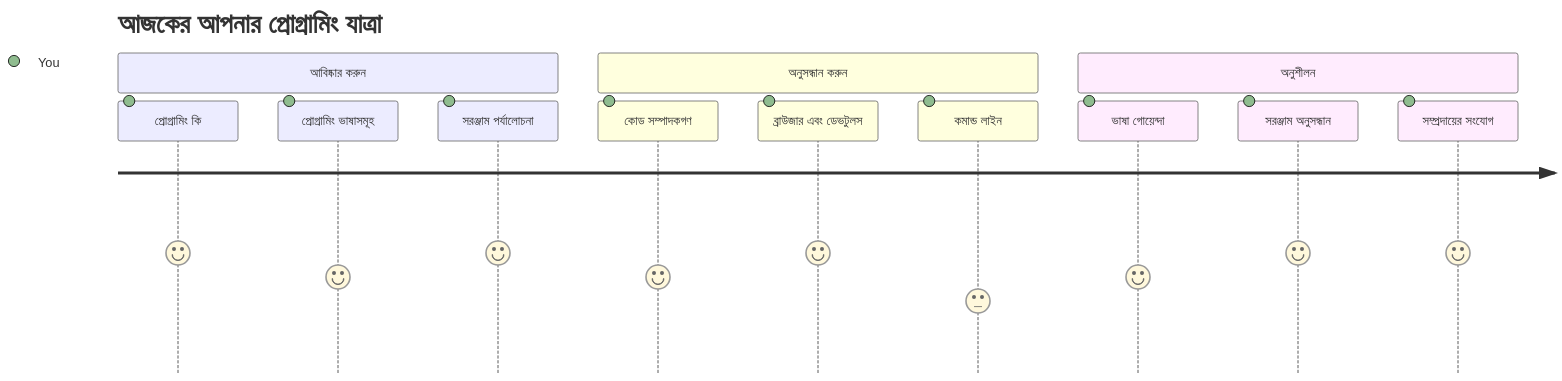
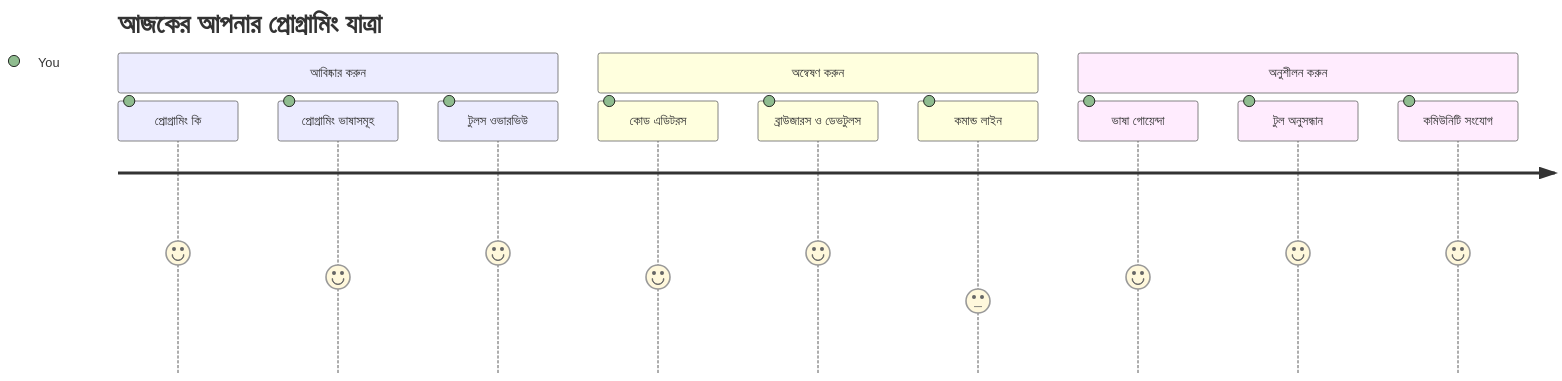
One commit to microsoft/Web-Dev-For-Beginners changed the first of 7 diagrams in translations/bn/1-getting-started-lessons/1-intro-to-programming-languages/README.md. Above: the diagram before and after it, drawn with Mermaid. The commit also changed other lines of this file and 11 other files, not shown here.

````diff
--- a/translations/bn/1-getting-started-lessons/1-intro-to-programming-languages/README.md
+++ b/translations/bn/1-getting-started-lessons/1-intro-to-programming-languages/README.md
@@ -14,16 +14,16 @@
 ```mermaid
 journey
     title আজকের আপনার প্রোগ্রামিং যাত্রা
     section আবিষ্কার করুন
       প্রোগ্রামিং কি: 5: You
       প্রোগ্রামিং ভাষাসমূহ: 4: You
-      সরঞ্জাম পর্যালোচনা: 5: You
-    section অনুসন্ধান করুন
-      কোড সম্পাদকগণ: 4: You
-      ব্রাউজার এবং ডেভটুলস: 5: You
+      টুলস ওভারভিউ: 5: You
+    section অন্বেষণ করুন
+      কোড এডিটরস: 4: You
+      ব্রাউজারস ও ডেভটুলস: 5: You
       কমান্ড লাইন: 3: You
-    section অনুশীলন
+    section অনুশীলন করুন
       ভাষা গোয়েন্দা: 4: You
-      সরঞ্জাম অনুসন্ধান: 5: You
-      সম্প্রদায়ের সংযোগ: 5: You
+      টুল অনুসন্ধান: 5: You
+      কমিউনিটি সংযোগ: 5: You
 ```
````
